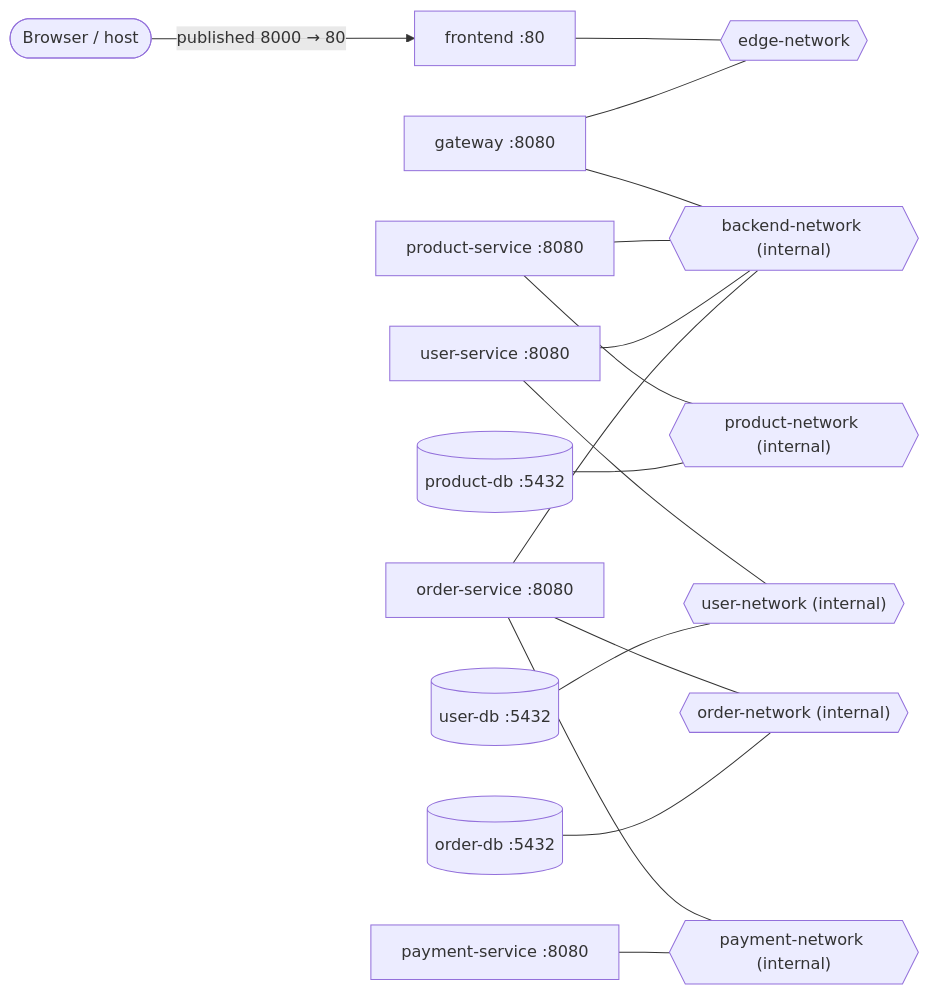
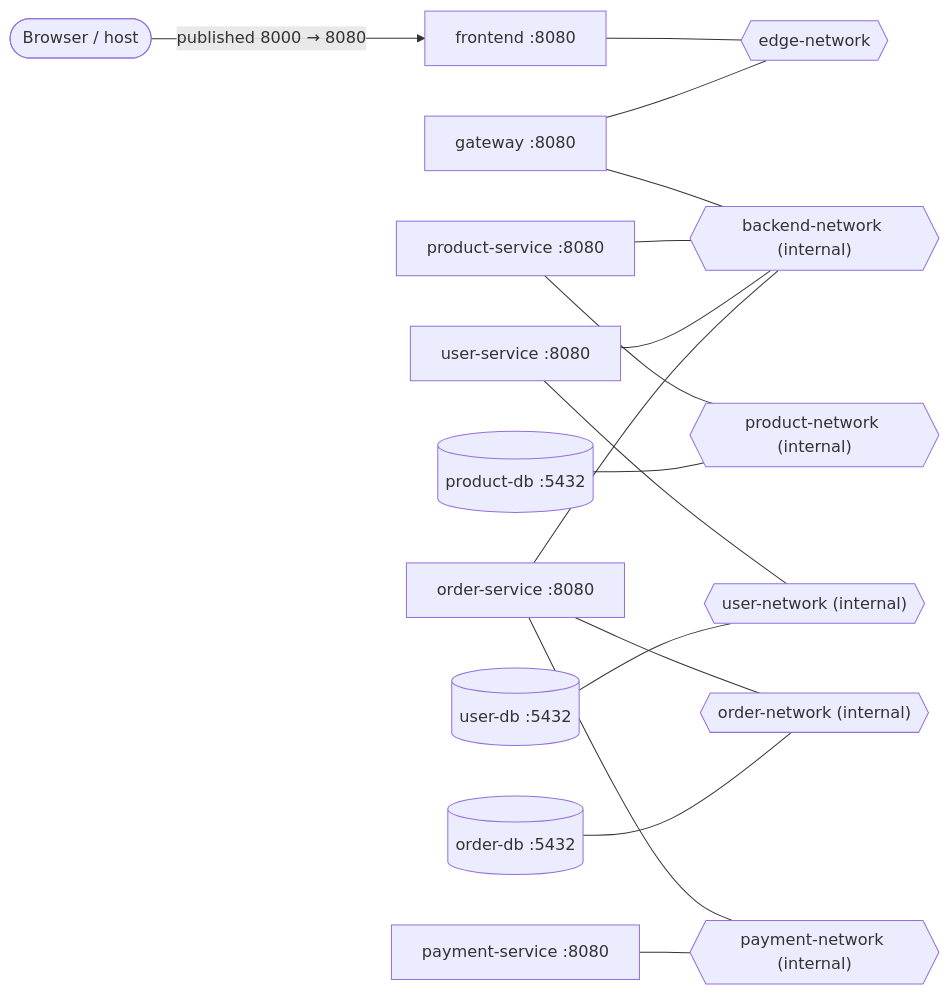
One commit to yeasir118/learn-observability changed the first of 3 diagrams in tinyshop/docs/architecture.md. Above: the diagram before and after it, drawn with Mermaid. The commit also changed other lines of this file and 9 other files, not shown here.

````diff
--- a/tinyshop/docs/architecture.md
+++ b/tinyshop/docs/architecture.md
@@ -193,38 +196,38 @@
 ```mermaid
 flowchart LR
   host([Browser / host])
 
   edge{{edge-network}}
   backend{{"backend-network (internal)"}}
   pnet{{"product-network (internal)"}}
   unet{{"user-network (internal)"}}
   onet{{"order-network (internal)"}}
   paynet{{"payment-network (internal)"}}
 
-  frontend[frontend :80]
+  frontend[frontend :8080]
   gateway[gateway :8080]
   product[product-service :8080]
   user[user-service :8080]
   order[order-service :8080]
   payment[payment-service :8080]
   pdb[(product-db :5432)]
   udb[(user-db :5432)]
   odb[(order-db :5432)]
 
-  host -->|published 8000 → 80| frontend
+  host -->|published 8000 → 8080| frontend
 
   frontend --- edge
   gateway --- edge
   gateway --- backend
   product --- backend
   user --- backend
   order --- backend
   product --- pnet
   pdb --- pnet
   user --- unet
   udb --- unet
   order --- onet
   odb --- onet
   order --- paynet
   payment --- paynet
 ```
````
